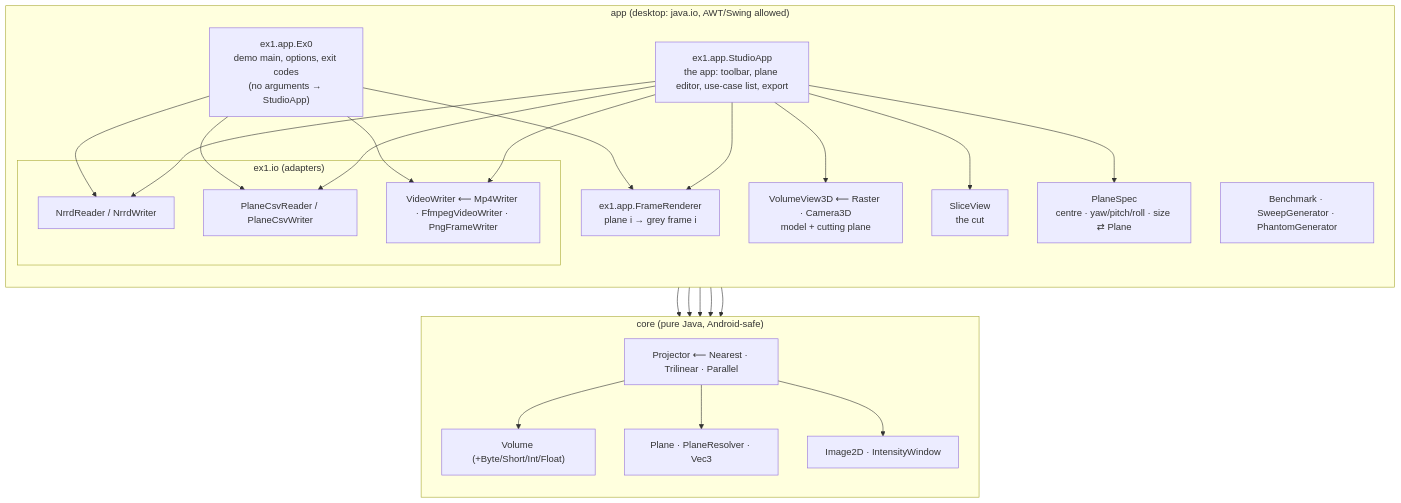
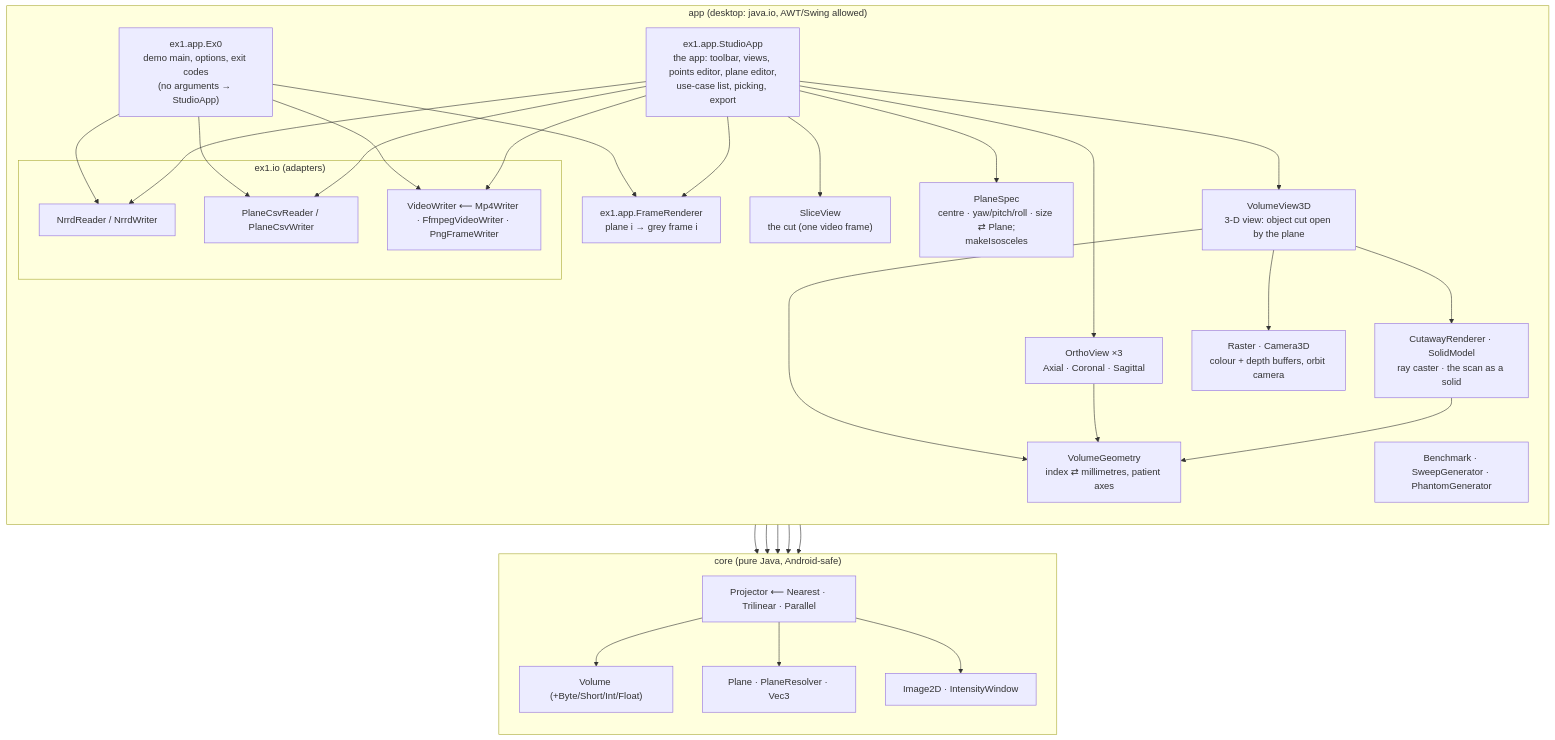
The second of 6 diagrams in docs/SDD.md (NoamTheGolem/Intro2SE_Ex1), drawn with Mermaid before and after one commit. The commit also changed other lines of this file and 24 other files, not shown here.

````diff
--- a/docs/SDD.md
+++ b/docs/SDD.md
@@ -40,35 +45,41 @@
 ```mermaid
 flowchart TB
     subgraph app["app  (desktop: java.io, AWT/Swing allowed)"]
       direction TB
       Ex0["ex1.app.Ex0<br/>demo main, options, exit codes<br/>(no arguments → StudioApp)"]
-      Studio["ex1.app.StudioApp<br/>the app: toolbar, plane editor, use-case list, export"]
-      V3["VolumeView3D ⟵ Raster · Camera3D<br/>model + cutting plane"]
-      V2["SliceView<br/>the cut"]
-      PS["PlaneSpec<br/>centre · yaw/pitch/roll · size ⇄ Plane"]
+      Studio["ex1.app.StudioApp<br/>the app: toolbar, views, points editor, plane editor,<br/>use-case list, picking, export"]
+      V3["VolumeView3D<br/>3-D view: object cut open by the plane"]
+      CR["CutawayRenderer · SolidModel<br/>ray caster · the scan as a solid"]
+      RC["Raster · Camera3D<br/>colour + depth buffers, orbit camera"]
+      OV["OrthoView ×3<br/>Axial · Coronal · Sagittal"]
+      VG["VolumeGeometry<br/>index ⇄ millimetres, patient axes"]
+      V2["SliceView<br/>the cut (one video frame)"]
+      PS["PlaneSpec<br/>centre · yaw/pitch/roll · size ⇄ Plane;<br/>makeIsosceles"]
       FR["ex1.app.FrameRenderer<br/>plane i → grey frame i"]
       Bench["Benchmark · SweepGenerator · PhantomGenerator"]
       subgraph io["ex1.io  (adapters)"]
         NR["NrrdReader / NrrdWriter"]
         CSV["PlaneCsvReader / PlaneCsvWriter"]
         VW["VideoWriter ⟵ Mp4Writer · FfmpegVideoWriter · PngFrameWriter"]
       end
     end
     subgraph core["core  (pure Java, Android-safe)"]
       direction TB
       Vol["Volume (+Byte/Short/Int/Float)"]
       Plane["Plane · PlaneResolver · Vec3"]
       Proj["Projector ⟵ Nearest · Trilinear · Parallel"]
       Img["Image2D · IntensityWindow"]
     end
     Ex0 --> FR --> Proj
     Studio --> FR
-    Studio --> V3 & V2 & PS
+    Studio --> V3 & OV & V2 & PS
+    V3 --> CR & RC
+    V3 & OV & CR --> VG
     PS --> Plane
     Ex0 --> NR & CSV & VW
     Studio --> NR & CSV & VW
     NR --> Vol
     CSV --> Plane
     Proj --> Vol & Plane & Img
     FR --> Img
 ```
````
